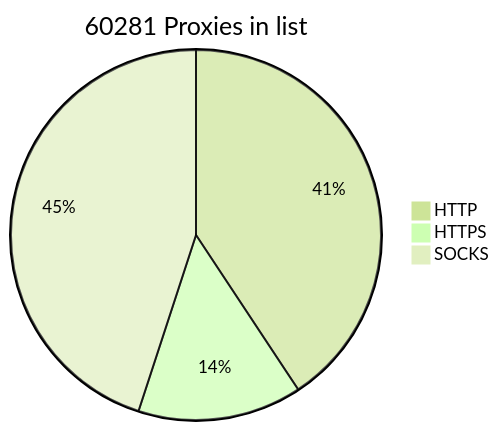
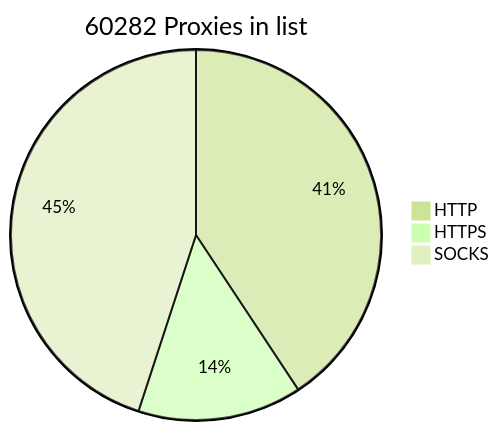
The diagram in README.md (BlackSnowDot/proxylist-update-every-minute), drawn with Mermaid (forest theme) before and after one commit.

````diff
--- a/README.md
+++ b/README.md
@@ -2,6 +2,6 @@
 ```mermaid
-pie title 60281 Proxies in list
-    "HTTP" : 27756
+pie title 60282 Proxies in list
+    "HTTP" : 27757
     "HTTPS": 9765
     "SOCKS" : 30671
 ```
````
